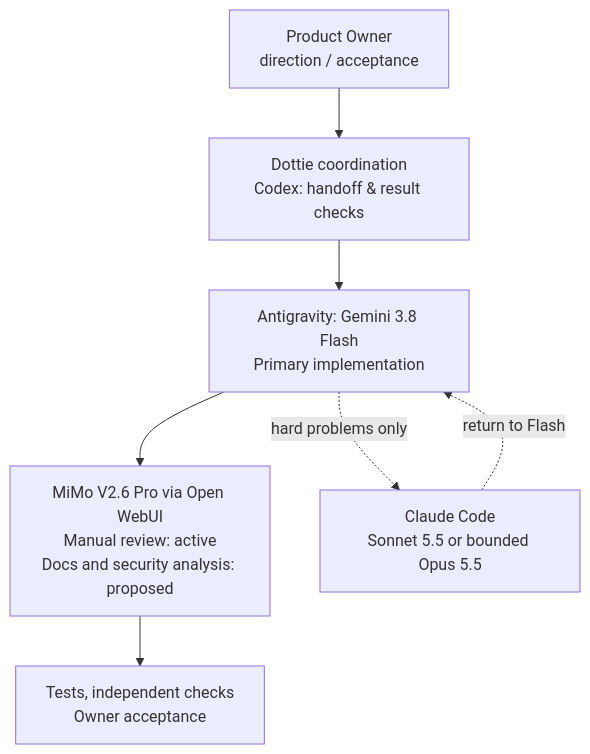
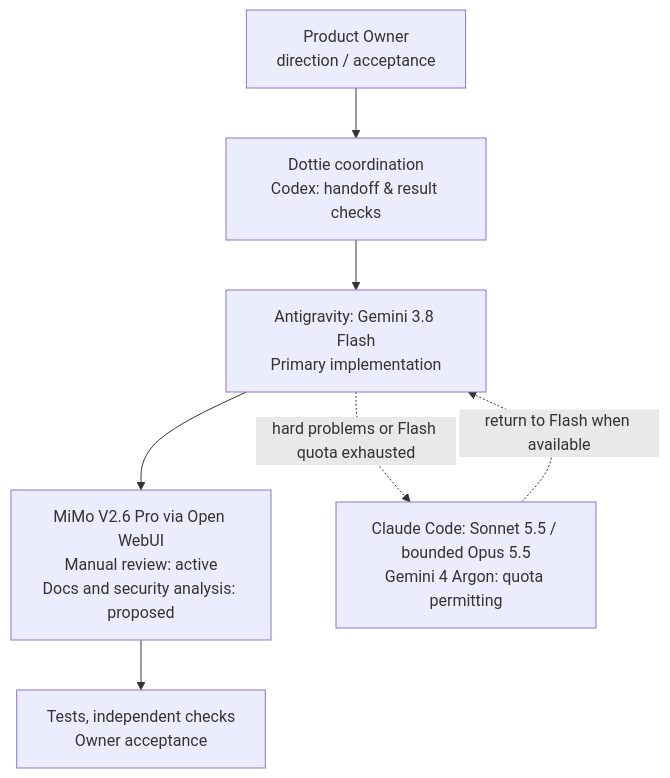
One commit to moruku36/multi-ai-workflow changed the diagram in assets/workflow-architecture-2026-10-19.mmd. Above: the diagram before and after it, drawn with Mermaid. The commit also changed 5 other files, not shown here.

First line of the commit message:
docs: add Gemini 4 Argon and Flash quota fallback to workflow diagrams (#30)

```diff
--- a/assets/workflow-architecture-2026-10-19.mmd
+++ b/assets/workflow-architecture-2026-10-19.mmd
@@ -1,7 +1,7 @@
 flowchart TB
   O["Product Owner<br/>direction / acceptance"] --> D["Dottie coordination<br/>Codex: handoff & result checks"]
   D --> F["Antigravity: Gemini 3.8 Flash<br/>Primary implementation"]
   F --> M["MiMo V2.6 Pro via Open WebUI<br/>Manual review: active<br/>Docs and security analysis: proposed"]
   M --> T["Tests, independent checks<br/>Owner acceptance"]
-  F -. "hard problems only" .-> H["Claude Code<br/>Sonnet 5.5 or bounded Opus 5.5"]
-  H -. "return to Flash" .-> F
+  F -. "hard problems or Flash quota exhausted" .-> H["Claude Code: Sonnet 5.5 / bounded Opus 5.5<br/>Gemini 4 Argon: quota permitting"]
+  H -. "return to Flash when available" .-> F
```
